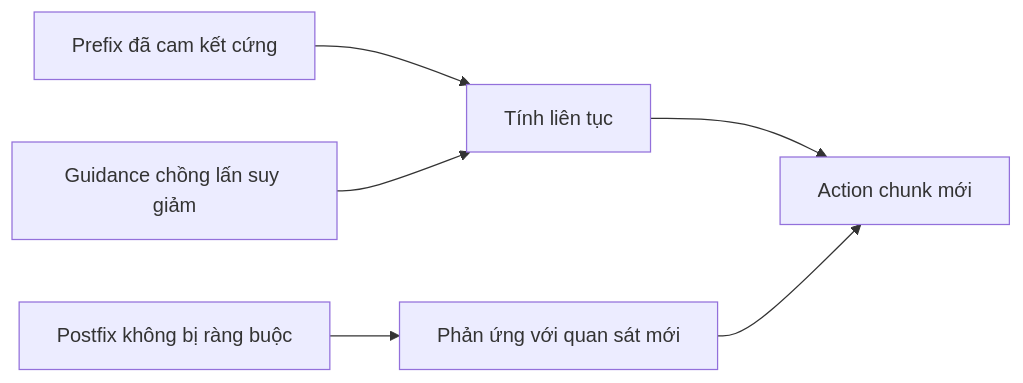
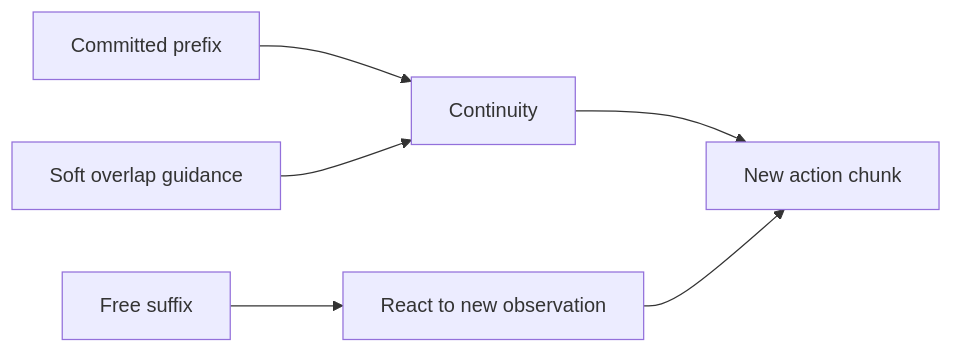
The diagram in docs/research_finding/02-realtime-chunking/module_details/inference/soft_masking_and_stability.md (cycler04/VinRobotics-VLA), drawn with Mermaid before and after one commit. The commit also changed other lines of this file and 10 other files, not shown here.

````diff
--- a/docs/research_finding/02-realtime-chunking/module_details/inference/soft_masking_and_stability.md
+++ b/docs/research_finding/02-realtime-chunking/module_details/inference/soft_masking_and_stability.md
@@ -35,8 +190,8 @@
 ```mermaid
 flowchart LR
-    HARD[Prefix đã cam kết cứng] --> CONT[Tính liên tục]
-    SOFT[Guidance chồng lấn suy giảm] --> CONT
-    FREE[Postfix không bị ràng buộc] --> REACT[Phản ứng với quan sát mới]
-    CONT --> CHUNK[Action chunk mới]
-    REACT --> CHUNK
+    HARD[Committed prefix] --> CONT[Continuity]
+    SOFT[Soft overlap guidance] --> CONT
+    FREE[Free suffix] --> REACT[React to new observation]
+    CONT --> OUT[New action chunk]
+    REACT --> OUT
 ```
````
